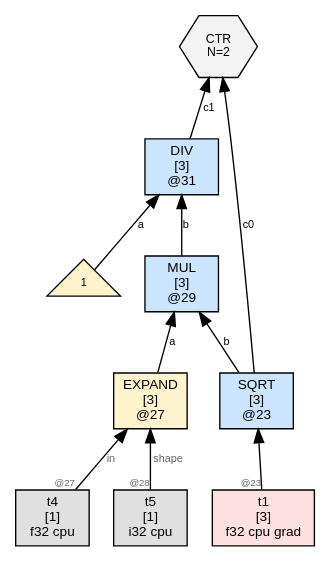
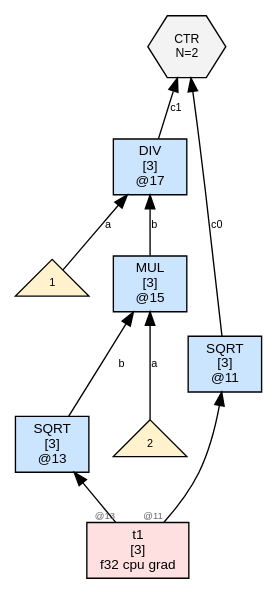
One commit to sw1sh/TinyHVM changed the diagram in wl/examples/thvm_graphs/grad_rules/sqrt/thvm_2_post_sweep.dot. Above: the diagram before and after it, drawn with Graphviz. The commit also changed 210 other files, not shown here.

```diff
--- a/wl/examples/thvm_graphs/grad_rules/sqrt/thvm_2_post_sweep.dot
+++ b/wl/examples/thvm_graphs/grad_rules/sqrt/thvm_2_post_sweep.dot
@@ -1,24 +1,22 @@
 digraph G {
   rankdir=BT;
   node [fontname="Helvetica", fontsize=10, style=filled, shape=box, margin="0.1,0.05"];
   edge [fontsize=8, fontname="Helvetica"];
 
-  n23 [label="SQRT\n[3]\n@23", shape=box, fillcolor="#cce5ff"];
+  n11 [label="SQRT\n[3]\n@11", shape=box, fillcolor="#cce5ff"];
   t1 [label="t1\n[3]\nf32 cpu grad",shape=box,fillcolor="#ffe0e0"];
-  t1 -> n23 [label="",taillabel="@23",labelfontsize=7,fontcolor="#666666"];
-  n31 [label="DIV\n[3]\n@31", shape=box, fillcolor="#cce5ff"];
-  num31_0 [label="1",shape=triangle,fillcolor="#fff2cc",fontsize=8];
-  num31_0 -> n31 [label="a"];
-  n29 -> n31 [label="b"];
-  ctr21 [label="CTR\nN=2", shape=hexagon, fillcolor="#f3f3f3", fontsize=9];
-  n23 -> ctr21 [label="c0"];
-  n31 -> ctr21 [label="c1"];
-  n27 [label="EXPAND\n[3]\n@27", shape=box, fillcolor="#fff3cd"];
-  t4 [label="t4\n[1]\nf32 cpu",shape=box,fillcolor="#e0e0e0"];
-  t4 -> n27 [label="in",taillabel="@27",labelfontsize=7,fontcolor="#666666"];
-  t5 [label="t5\n[1]\ni32 cpu",shape=box,fillcolor="#e0e0e0"];
-  t5 -> n27 [label="shape",taillabel="@28",labelfontsize=7,fontcolor="#666666"];
-  n29 [label="MUL\n[3]\n@29", shape=box, fillcolor="#cce5ff"];
-  n27 -> n29 [label="a"];
-  n23 -> n29 [label="b"];
+  t1 -> n11 [label="",taillabel="@11",labelfontsize=7,fontcolor="#666666"];
+  n17 [label="DIV\n[3]\n@17", shape=box, fillcolor="#cce5ff"];
+  num17_0 [label="1",shape=triangle,fillcolor="#fff2cc",fontsize=8];
+  num17_0 -> n17 [label="a"];
+  n15 -> n17 [label="b"];
+  ctr6 [label="CTR\nN=2", shape=hexagon, fillcolor="#f3f3f3", fontsize=9];
+  n11 -> ctr6 [label="c0"];
+  n17 -> ctr6 [label="c1"];
+  n13 [label="SQRT\n[3]\n@13", shape=box, fillcolor="#cce5ff"];
+  t1 -> n13 [label="",taillabel="@13",labelfontsize=7,fontcolor="#666666"];
+  n15 [label="MUL\n[3]\n@15", shape=box, fillcolor="#cce5ff"];
+  num15_0 [label="2",shape=triangle,fillcolor="#fff2cc",fontsize=8];
+  num15_0 -> n15 [label="a"];
+  n13 -> n15 [label="b"];
 }
```
